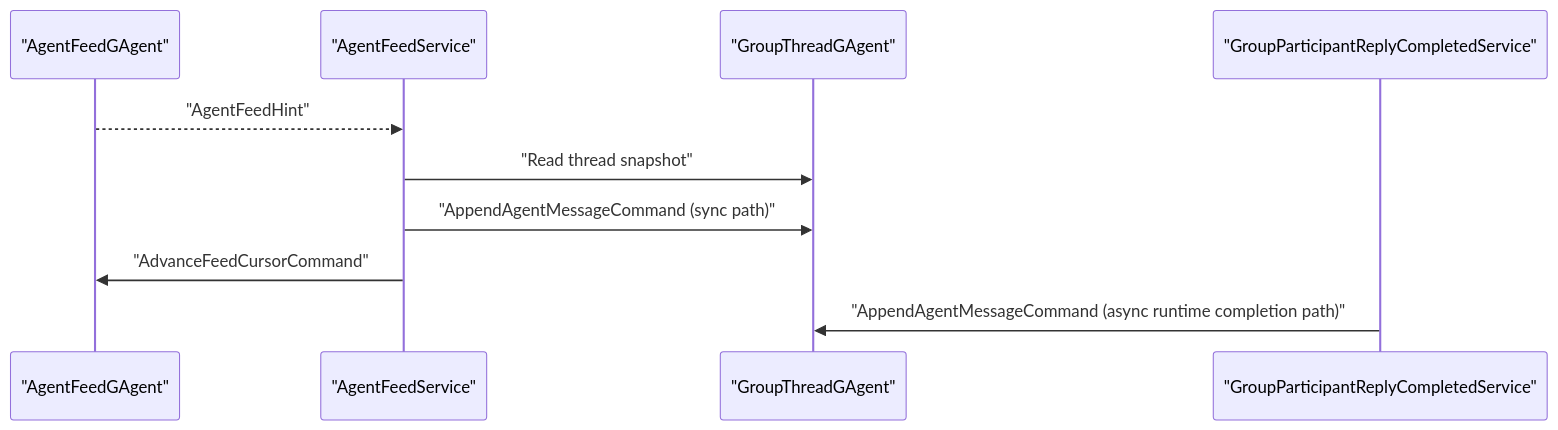
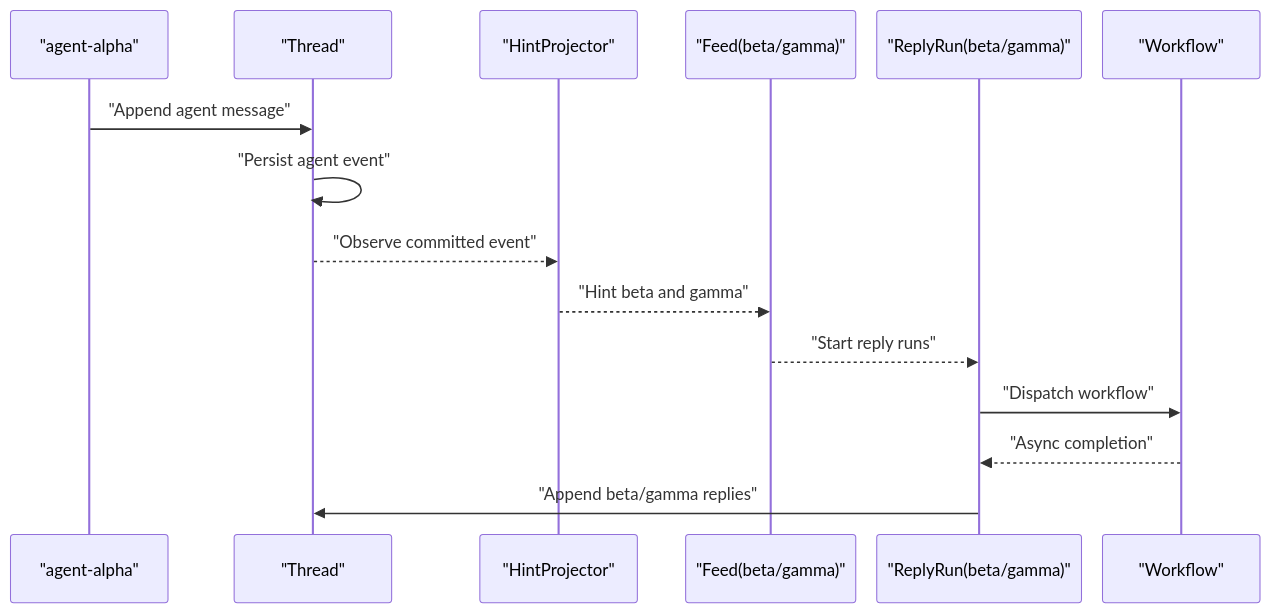
The third of 4 diagrams in docs/architecture/2026-03-24-group-chat-multi-agent-attention-architecture.md (aevatarAI/aevatar), drawn with Mermaid before and after one commit. The commit also changed other lines of this file and 43 other files, not shown here.

Commit message:
Implement group chat reply runs and relay demo

````diff
--- a/docs/architecture/2026-03-24-group-chat-multi-agent-attention-architecture.md
+++ b/docs/architecture/2026-03-24-group-chat-multi-agent-attention-architecture.md
@@ -191,14 +279,19 @@
 ```mermaid
-%%{init: {"maxTextSize": 100000, "flowchart": {"useMaxWidth": false, "nodeSpacing": 10, "rankSpacing": 50}, "themeVariables": {"fontSize": "10px"}}}%%
+%%{init: {"maxTextSize": 100000, "sequence": {"actorMargin": 20, "messageMargin": 10, "diagramMarginX": 10, "diagramMarginY": 10}, "themeVariables": {"fontSize": "10px"}}}%%
 sequenceDiagram
-    participant F as "AgentFeedGAgent"
-    participant W as "AgentFeedService"
-    participant T as "GroupThreadGAgent"
-    participant P as "GroupParticipantReplyCompletedService"
+    participant A as "agent-alpha"
+    participant T as "Thread"
+    participant TP as "HintProjector"
+    participant F as "Feed(beta/gamma)"
+    participant PR as "ReplyRun(beta/gamma)"
+    participant WF as "Workflow"
 
-    F-->>W: "AgentFeedHint"
-    W->>T: "Read thread snapshot"
-    W->>T: "AppendAgentMessageCommand (sync path)"
-    W->>F: "AdvanceFeedCursorCommand"
-    P->>T: "AppendAgentMessageCommand (async runtime completion path)"
+    A->>T: "Append agent message"
+    T->>T: "Persist agent event"
+    T-->>TP: "Observe committed event"
+    TP-->>F: "Hint beta and gamma"
+    F-->>PR: "Start reply runs"
+    PR->>WF: "Dispatch workflow"
+    WF-->>PR: "Async completion"
+    PR->>T: "Append beta/gamma replies"
 ```
````
